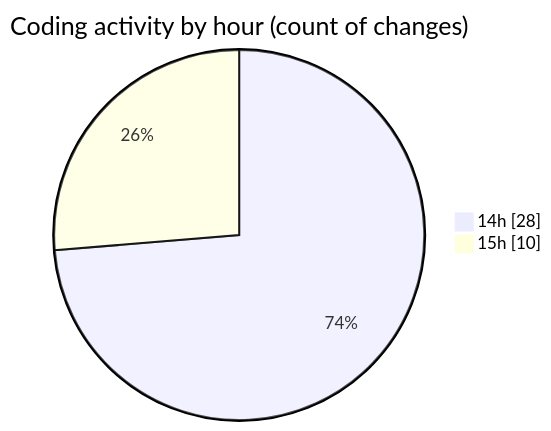
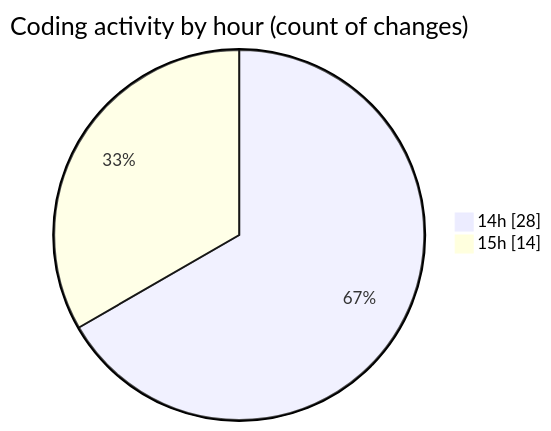
The second of 2 diagrams in 2025-07-01/urlwebwalatask/README.md (Ritupan-Deka/code-tracking), drawn with Mermaid before and after one commit. The commit also changed other lines of this file and 1 other file, not shown here.

````diff
--- a/2025-07-01/urlwebwalatask/README.md
+++ b/2025-07-01/urlwebwalatask/README.md
@@ -40,6 +40,6 @@
 ```mermaid
 pie showData
 title Coding activity by hour (count of changes)
 "14h" : 28
-"15h" : 10
+"15h" : 14
 ```
````
